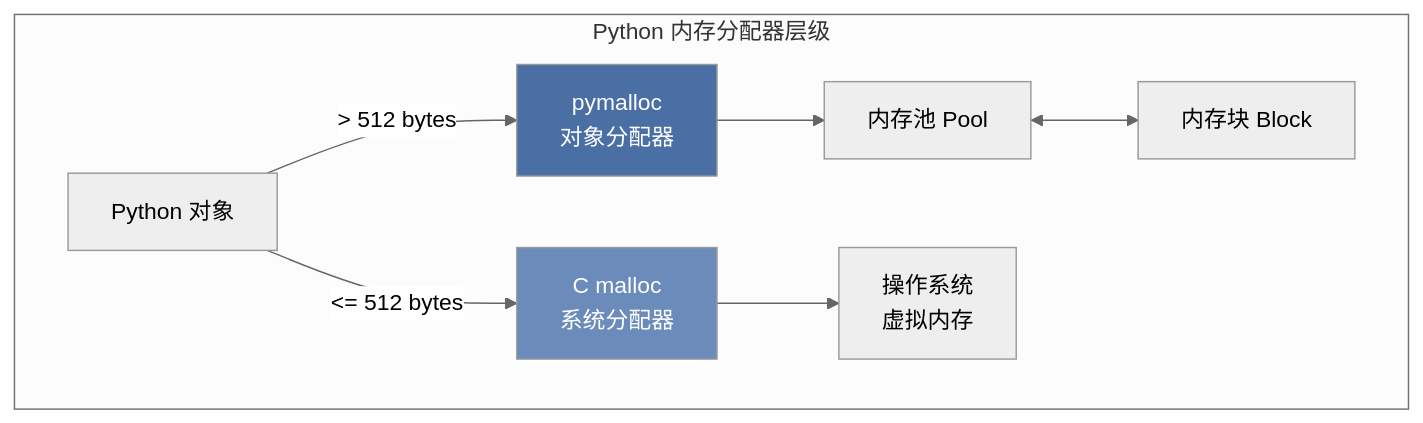
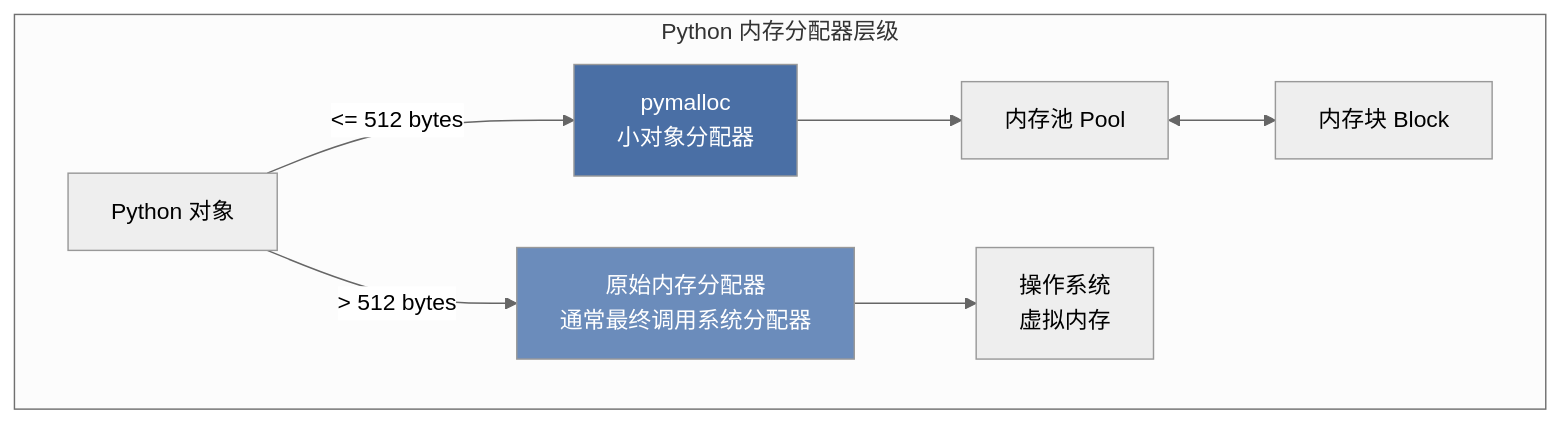
The first of 8 diagrams in 06_Python内存管理与垃圾回收.md (BeefWrap4/LLM-Knowledge-Base), drawn with Mermaid (neutral theme) before and after one commit. The commit also changed other lines of this file and 454 other files, not shown here.

````diff
--- a/06_Python内存管理与垃圾回收.md
+++ b/06_Python内存管理与垃圾回收.md
@@ -28,14 +28,14 @@
 ```mermaid
 flowchart TD
     subgraph "Python 内存分配器层级"
-        A[Python 对象] -->|> 512 bytes| B[pymalloc<br/>对象分配器]
-        A -->|<= 512 bytes| C[C malloc<br/>系统分配器]
+        A[Python 对象] -->|<= 512 bytes| B[pymalloc<br/>小对象分配器]
+        A -->|> 512 bytes| C[原始内存分配器<br/>通常最终调用系统分配器]
         
         B --> D[内存池 Pool]<-->E[内存块 Block]
         
         C --> F[操作系统<br/>虚拟内存]
     end
     
     style B fill:#4A6FA5,color:#fff
     style C fill:#6B8CBB,color:#fff
 ```
````
